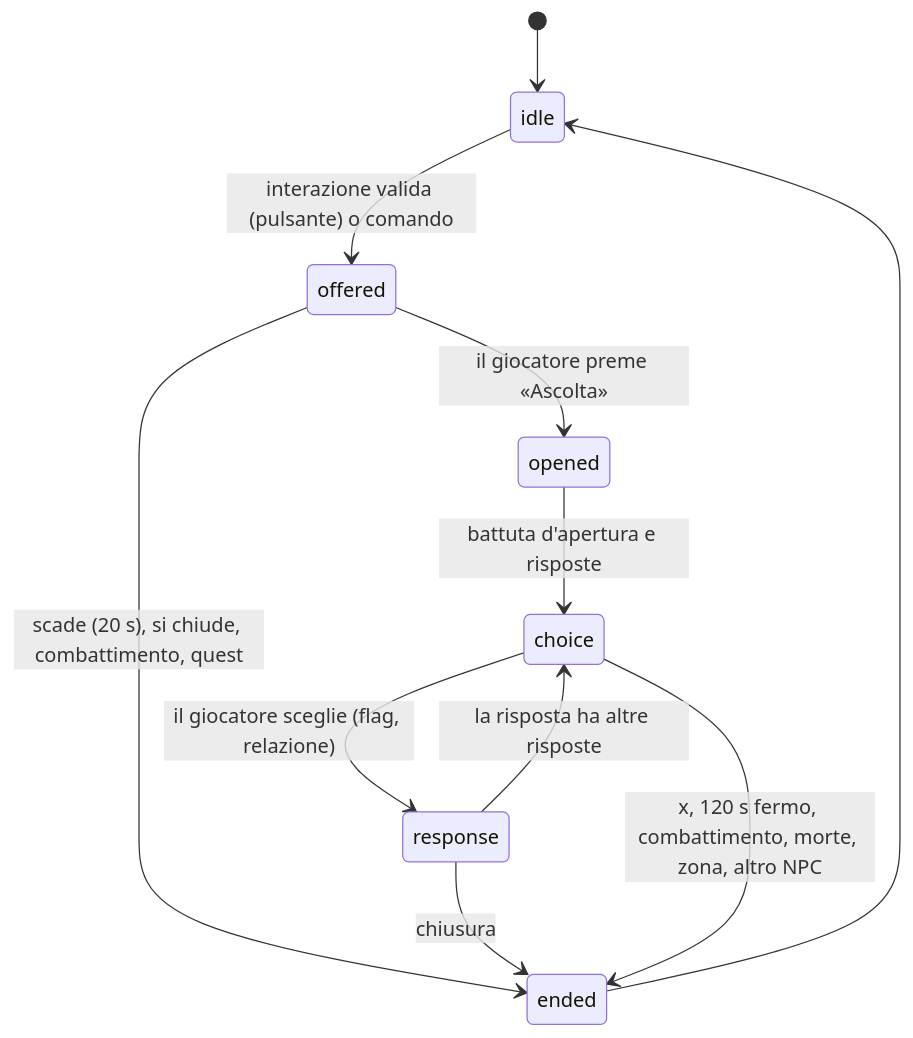
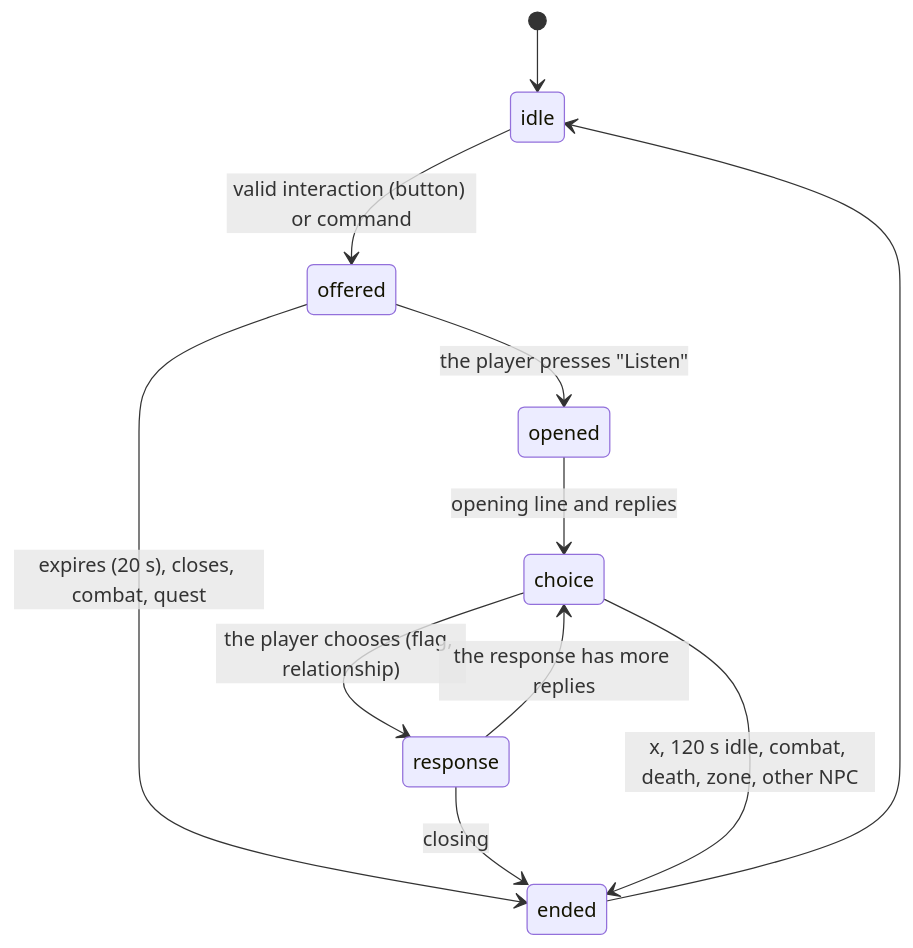
One commit to Finland6738/azeroth-unspoken changed the ninth of 14 diagrams in docs/ARCHITECTURE.md. Above: the diagram before and after it, drawn with Mermaid. The commit also changed other lines of this file and 31 other files, not shown here.

````diff
--- a/docs/ARCHITECTURE.md
+++ b/docs/ARCHITECTURE.md
@@ -384,13 +384,13 @@
 ```mermaid
 stateDiagram-v2
     [*] --> idle
-    idle --> offered: interazione valida (pulsante) o comando
-    offered --> opened: il giocatore preme «Ascolta»
-    offered --> ended: scade (20 s), si chiude, combattimento, quest
-    opened --> choice: battuta d'apertura e risposte
-    choice --> response: il giocatore sceglie (flag, relazione)
-    response --> choice: la risposta ha altre risposte
-    response --> ended: chiusura
-    choice --> ended: x, 120 s fermo, combattimento, morte, zona, altro NPC
+    idle --> offered: valid interaction (button) or command
+    offered --> opened: the player presses "Listen"
+    offered --> ended: expires (20 s), closes, combat, quest
+    opened --> choice: opening line and replies
+    choice --> response: the player chooses (flag, relationship)
+    response --> choice: the response has more replies
+    response --> ended: closing
+    choice --> ended: x, 120 s idle, combat, death, zone, other NPC
     ended --> idle
 ```
````
